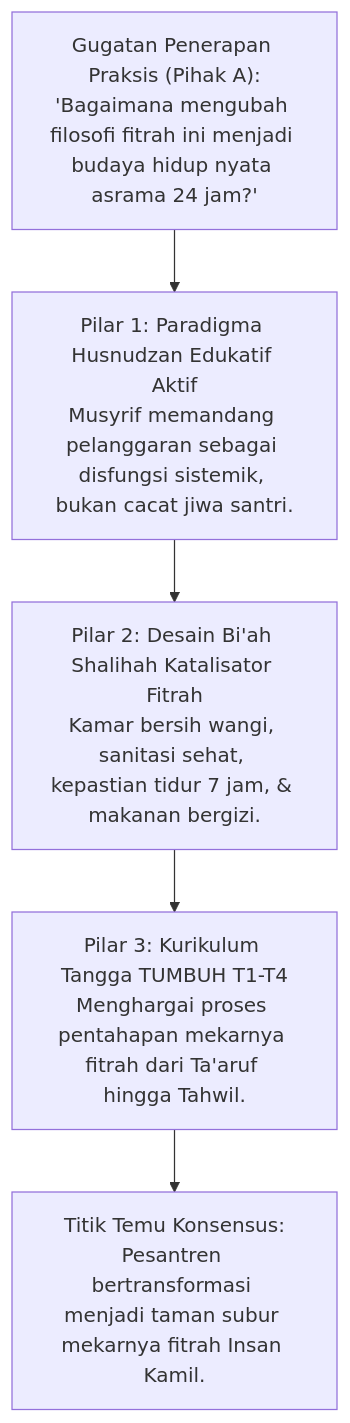
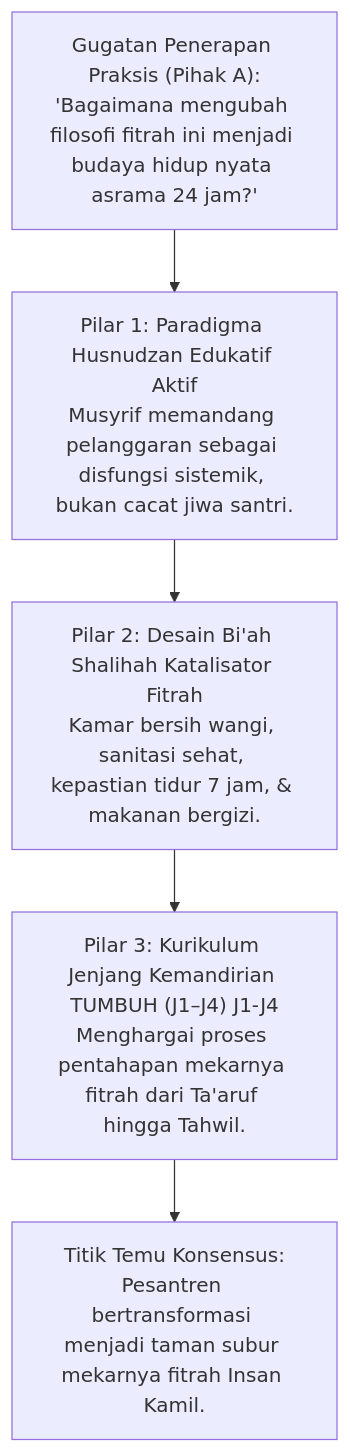
The seventh of 9 diagrams in 01 Philosophy/02 Human Nature/P1-02-01-Hakikat-Fitrah.md (wandiapriliyandi/tumbuh), drawn with Mermaid before and after one commit. The commit also changed other lines of this file and 209 other files, not shown here.

````diff
--- a/01 Philosophy/02 Human Nature/P1-02-01-Hakikat-Fitrah.md
+++ b/01 Philosophy/02 Human Nature/P1-02-01-Hakikat-Fitrah.md
@@ -333,8 +333,8 @@
 ```mermaid
 flowchart TD
     A["Gugatan Penerapan Praksis (Pihak A):<br/>'Bagaimana mengubah filosofi fitrah ini menjadi budaya hidup nyata asrama 24 jam?'"]
     --> B1["Pilar 1: Paradigma Husnudzan Edukatif Aktif<br/>Musyrif memandang pelanggaran sebagai disfungsi sistemik, bukan cacat jiwa santri."]
     B1 --> B2["Pilar 2: Desain Bi'ah Shalihah Katalisator Fitrah<br/>Kamar bersih wangi, sanitasi sehat, kepastian tidur 7 jam, & makanan bergizi."]
-    B2 --> B3["Pilar 3: Kurikulum Tangga TUMBUH T1-T4<br/>Menghargai proses pentahapan mekarnya fitrah dari Ta'aruf hingga Tahwil."]
+    B2 --> B3["Pilar 3: Kurikulum Jenjang Kemandirian TUMBUH (J1–J4) J1-J4<br/>Menghargai proses pentahapan mekarnya fitrah dari Ta'aruf hingga Tahwil."]
     B3 --> C["Titik Temu Konsensus:<br/>Pesantren bertransformasi menjadi taman subur mekarnya fitrah Insan Kamil."]
 ```
````
